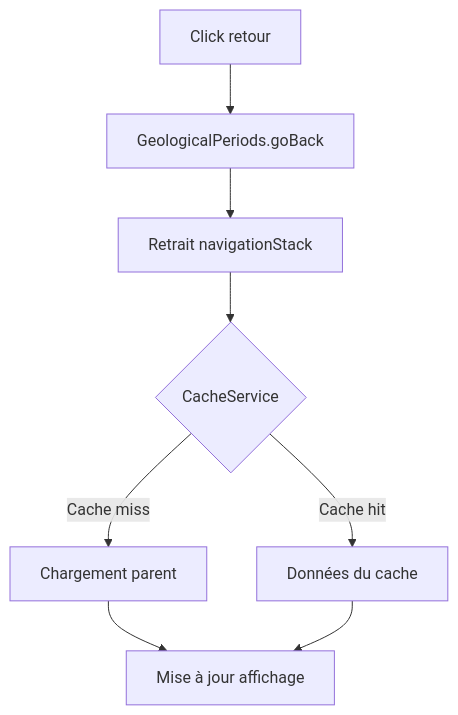
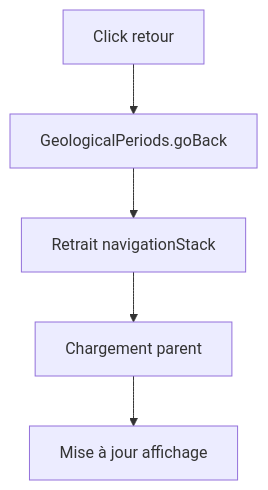
The third of 6 diagrams in Documentation-flux-donnees.md (flobutbut/UniversalTimeline), drawn with Mermaid before and after one commit. The commit also changed other lines of this file and 20 other files, not shown here.

Commit message:
feat: Implémentation du design system et mise à jour de la documentation

````diff
--- a/Documentation-flux-donnees.md
+++ b/Documentation-flux-donnees.md
@@ -58,10 +45,7 @@
 ```mermaid
 graph TD
     A[Click retour] --> B[GeologicalPeriods.goBack]
     B --> C[Retrait navigationStack]
-    C --> D{CacheService}
-    D -->|Cache miss| E[Chargement parent]
-    D -->|Cache hit| F[Données du cache]
-    E --> G[Mise à jour affichage]
-    F --> G
+    C --> D[Chargement parent]
+    D --> E[Mise à jour affichage]
 ```
````
